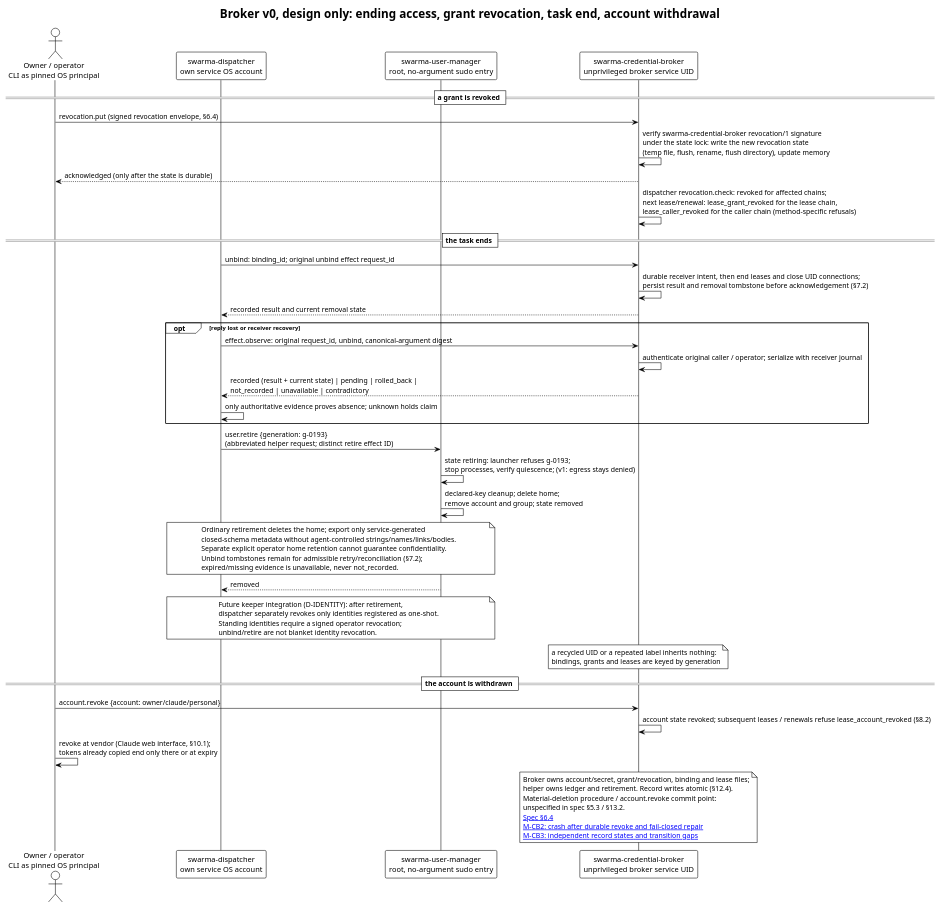
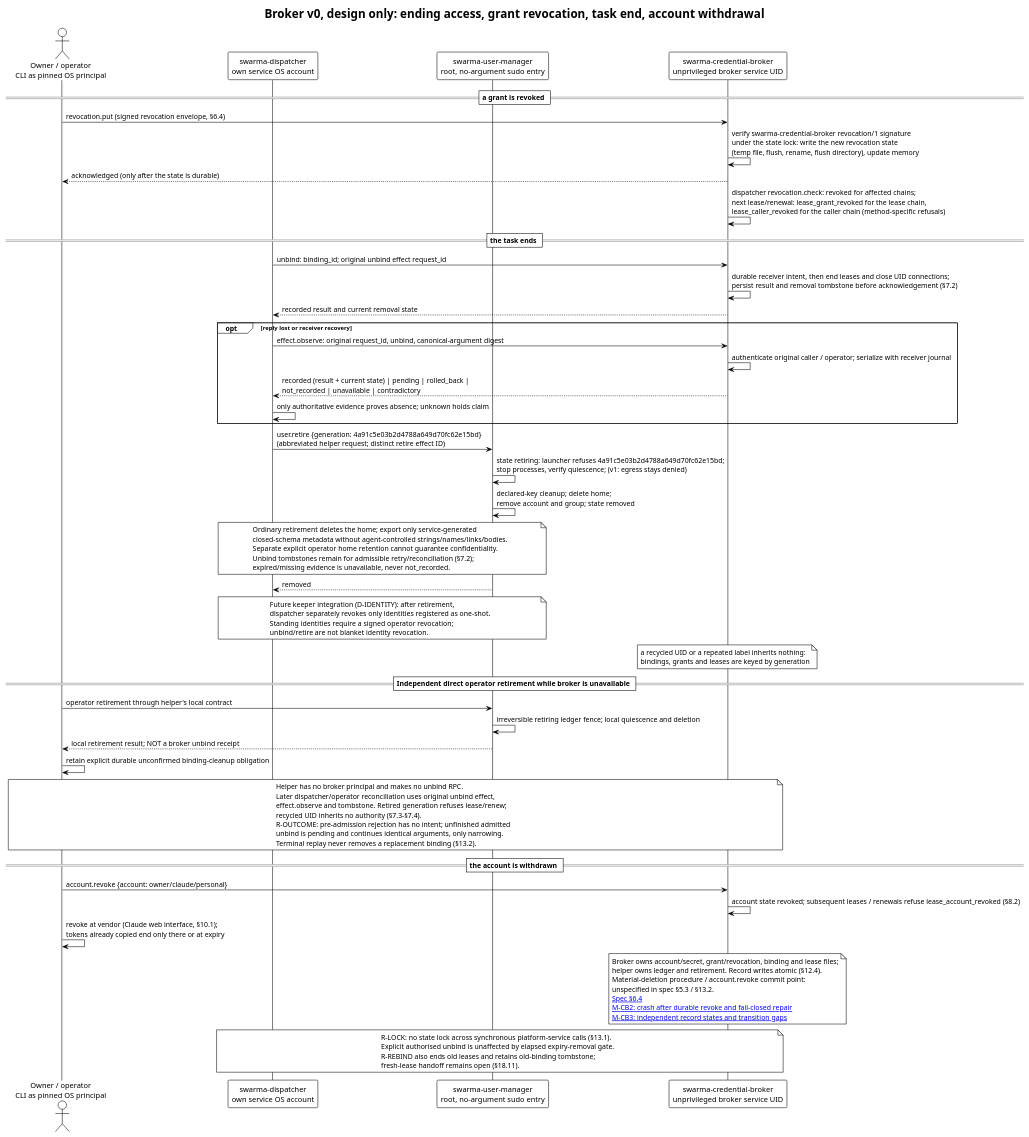
Before and after one commit to relux-works/swarma-credential-broker: the diagram in diagrams/revoke-and-unbind.puml, drawn with PlantUML. The commit also changed 11 other files, not shown here.

```diff
--- a/diagrams/revoke-and-unbind.puml
+++ b/diagrams/revoke-and-unbind.puml
@@ -1,53 +1,74 @@
 @startuml revoke-and-unbind
 !theme plain
 title Broker v0, design only: ending access, grant revocation, task end, account withdrawal
 
 actor "Owner / operator\nCLI as pinned OS principal" as P
 participant "swarma-dispatcher\nown service OS account" as D
 participant "swarma-user-manager\nroot, no-argument sudo entry" as H
 participant "swarma-credential-broker\nunprivileged broker service UID" as B
 
 == a grant is revoked ==
 P -> B: revocation.put (signed revocation envelope, §6.4)
 B -> B: verify swarma-credential-broker revocation/1 signature\nunder the state lock: write the new revocation state\n(temp file, flush, rename, flush directory), update memory
 B --> P: acknowledged (only after the state is durable)
 B -> B: dispatcher revocation.check: revoked for affected chains;\nnext lease/renewal: lease_grant_revoked for the lease chain,\nlease_caller_revoked for the caller chain (method-specific refusals)
 
 == the task ends ==
 D -> B: unbind: binding_id; original unbind effect request_id
 B -> B: durable receiver intent, then end leases and close UID connections;\npersist result and removal tombstone before acknowledgement (§7.2)
 B --> D: recorded result and current removal state
 opt reply lost or receiver recovery
   D -> B: effect.observe: original request_id, unbind, canonical-argument digest
   B -> B: authenticate original caller / operator; serialize with receiver journal
   B --> D: recorded (result + current state) | pending | rolled_back |\nnot_recorded | unavailable | contradictory
   D -> D: only authoritative evidence proves absence; unknown holds claim
 end
-D -> H: user.retire {generation: g-0193}\n(abbreviated helper request; distinct retire effect ID)
-H -> H: state retiring: launcher refuses g-0193;\nstop processes, verify quiescence; (v1: egress stays denied)
+D -> H: user.retire {generation: 4a91c5e03b2d4788a649d70fc62e15bd}\n(abbreviated helper request; distinct retire effect ID)
+H -> H: state retiring: launcher refuses 4a91c5e03b2d4788a649d70fc62e15bd;\nstop processes, verify quiescence; (v1: egress stays denied)
 H -> H: declared-key cleanup; delete home;\nremove account and group; state removed
 note over D,H
   Ordinary retirement deletes the home; export only service-generated
   closed-schema metadata without agent-controlled strings/names/links/bodies.
   Separate explicit operator home retention cannot guarantee confidentiality.
   Unbind tombstones remain for admissible retry/reconciliation (§7.2);
   expired/missing evidence is unavailable, never not_recorded.
 end note
 H --> D: removed
 note over D,H: Future keeper integration (D-IDENTITY): after retirement,\ndispatcher separately revokes only identities registered as one-shot.\nStanding identities require a signed operator revocation;\nunbind/retire are not blanket identity revocation.
 note over B: a recycled UID or a repeated label inherits nothing:\nbindings, grants and leases are keyed by generation
+
+== Independent direct operator retirement while broker is unavailable ==
+P -> H: operator retirement through helper's local contract
+H -> H: irreversible retiring ledger fence; local quiescence and deletion
+H --> P: local retirement result; NOT a broker unbind receipt
+P -> P: retain explicit durable unconfirmed binding-cleanup obligation
+note over P,B
+  Helper has no broker principal and makes no unbind RPC.
+  Later dispatcher/operator reconciliation uses original unbind effect,
+  effect.observe and tombstone. Retired generation refuses lease/renew;
+  recycled UID inherits no authority (§7.3-§7.4).
+  R-OUTCOME: pre-admission rejection has no intent; unfinished admitted
+  unbind is pending and continues identical arguments, only narrowing.
+  Terminal replay never removes a replacement binding (§13.2).
+end note
 
 == the account is withdrawn ==
 P -> B: account.revoke {account: owner/claude/personal}
 B -> B: account state revoked; subsequent leases / renewals refuse lease_account_revoked (§8.2)
 P -> P: revoke at vendor (Claude web interface, §10.1);\ntokens already copied end only there or at expiry
 note over B
   Broker owns account/secret, grant/revocation, binding and lease files;
   helper owns ledger and retirement. Record writes atomic (§12.4).
   Material-deletion procedure / account.revoke commit point:
   unspecified in spec §5.3 / §13.2.
   [[../spec/broker.md#64-revocation Spec §6.4]]
   [[lease-recovery.puml M-CB2: crash after durable revoke and fail-closed repair]]
   [[record-states.puml M-CB3: independent record states and transition gaps]]
 end note
+note over D,B
+  R-LOCK: no state lock across synchronous platform-service calls (§13.1).
+  Explicit authorised unbind is unaffected by elapsed expiry-removal gate.
+  R-REBIND also ends old leases and retains old-binding tombstone;
+  fresh-lease handoff remains open (§18.11).
+end note
 @enduml
```
